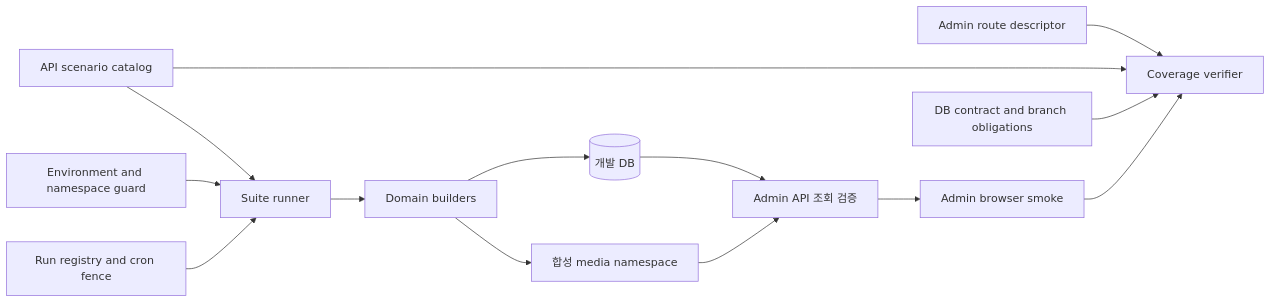
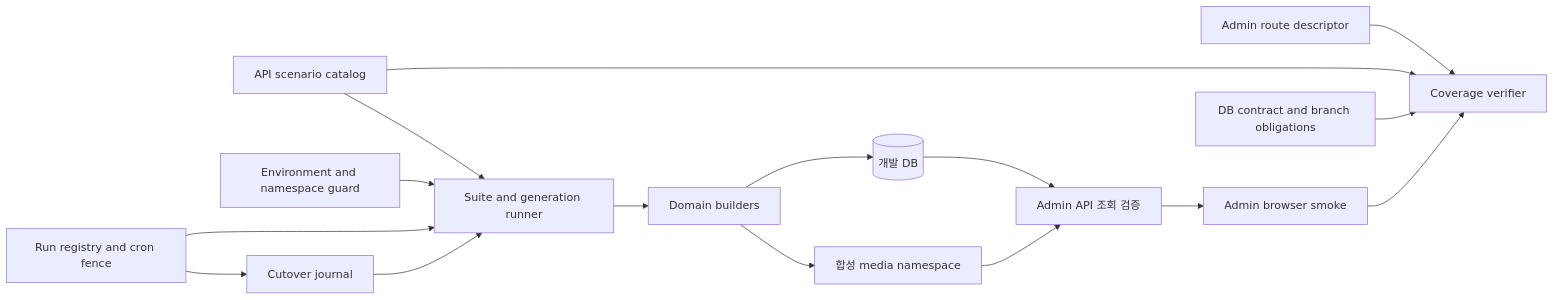
Before and after one commit to coupler-developer/docs: the diagram in content/architecture/development-test-data-system.md, drawn with Mermaid. The commit also changed other lines of this file and 4 other files, not shown here.

````diff
--- a/content/architecture/development-test-data-system.md
+++ b/content/architecture/development-test-data-system.md
@@ -142,16 +144,18 @@
 ```mermaid
 flowchart LR
     A[Admin route descriptor] --> C[Coverage verifier]
     B[API scenario catalog] --> C
     J[DB contract and branch obligations] --> C
-    B --> D[Suite runner]
+    B --> D[Suite and generation runner]
     E[Environment and namespace guard] --> D
     K[Run registry and cron fence] --> D
     D --> F[Domain builders]
+    K --> M[Cutover journal]
+    M --> D
     F --> G[(개발 DB)]
     F --> H[합성 media namespace]
     G --> I[Admin API 조회 검증]
     H --> I
     I --> L[Admin browser smoke]
     L --> C
 ```
````
